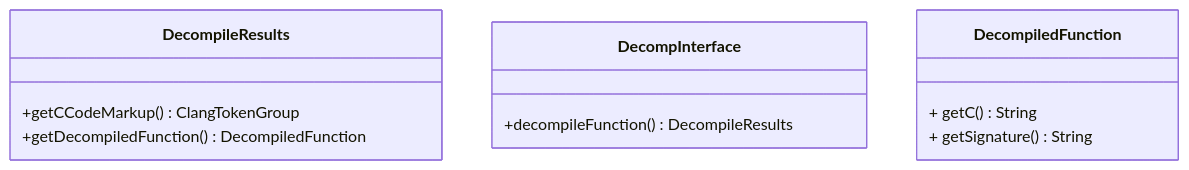
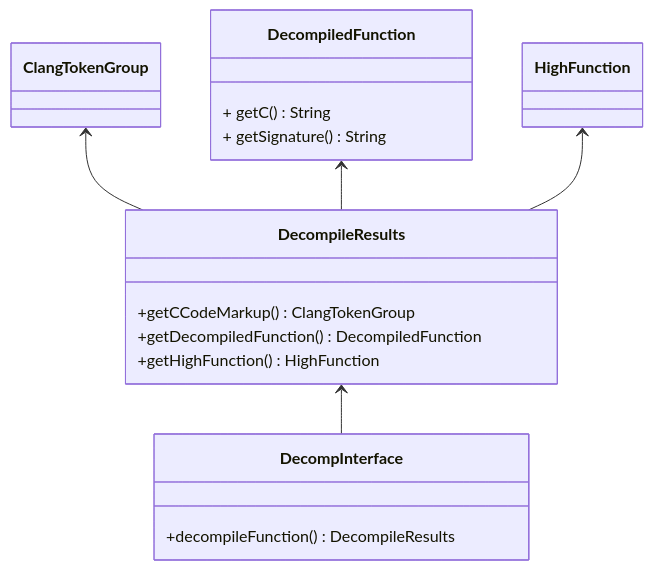
Before and after one commit to v-p-b/ghidra-cheat-sheet: the first of 3 diagrams in docs/decompiler/type-hierarchy.md, drawn with Mermaid. The commit also changed other lines of this file and 3 other files, not shown here.

````diff
--- a/docs/decompiler/type-hierarchy.md
+++ b/docs/decompiler/type-hierarchy.md
@@ -5,14 +7,19 @@
 ```mermaid
 classDiagram
   class DecompileResults {
     +getCCodeMarkup() ClangTokenGroup
     +getDecompiledFunction() DecompiledFunction
+    +getHighFunction() HighFunction
   }
   class DecompInterface {
     +decompileFunction() DecompileResults
   }
   class DecompiledFunction {
     + getC() String
     + getSignature() String
   }
+  DecompileResults <-- DecompInterface
+  ClangTokenGroup <-- DecompileResults
+  DecompiledFunction <-- DecompileResults
+  HighFunction <-- DecompileResults
 ```
````
